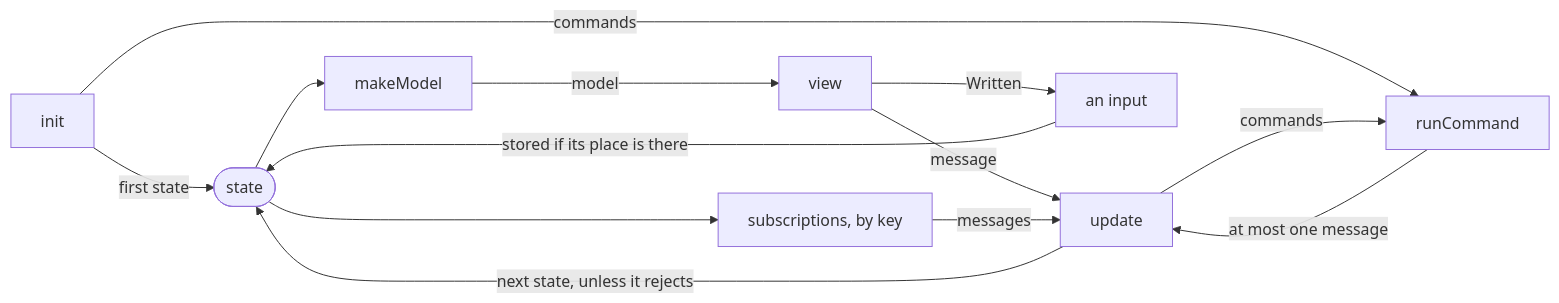
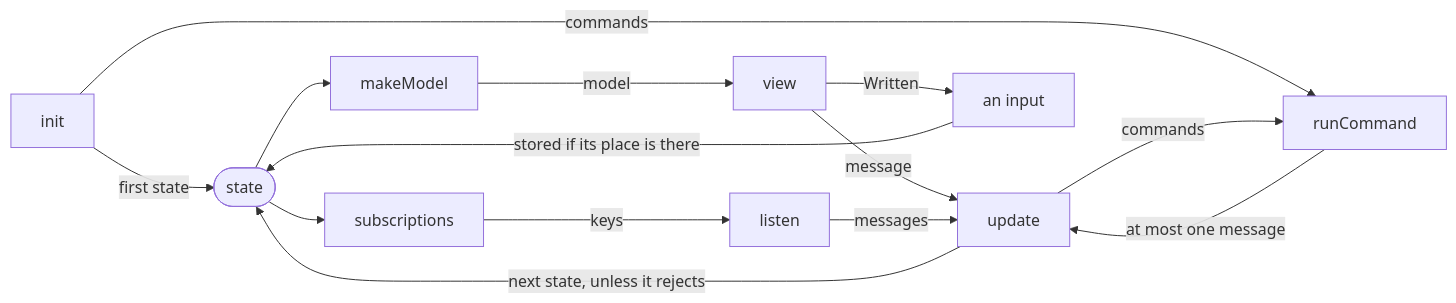
One commit to fgaudo/effect-tea changed the diagram in site/guide/anatomy-of-a-program.md. Above: the diagram before and after it, drawn with Mermaid. The commit also changed other lines of this file and 64 other files, not shown here.

````diff
--- a/site/guide/anatomy-of-a-program.md
+++ b/site/guide/anatomy-of-a-program.md
@@ -28,15 +29,16 @@
 ```mermaid
 flowchart LR
   init -->|first state| state([state])
   init -->|commands| runCommand
   update -->|next state, unless it rejects| state
   update -->|commands| runCommand
   runCommand -->|at most one message| update
   state --> makeModel
   makeModel -->|model| view
   view -->|message| update
   view -->|Written| input[an input]
   input -->|stored if its place is there| state
-  state --> subscriptions[subscriptions, by key]
-  subscriptions -->|messages| update
+  state --> subscriptions
+  subscriptions -->|keys| listen
+  listen -->|messages| update
 ```
````
